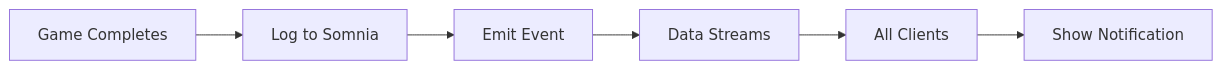
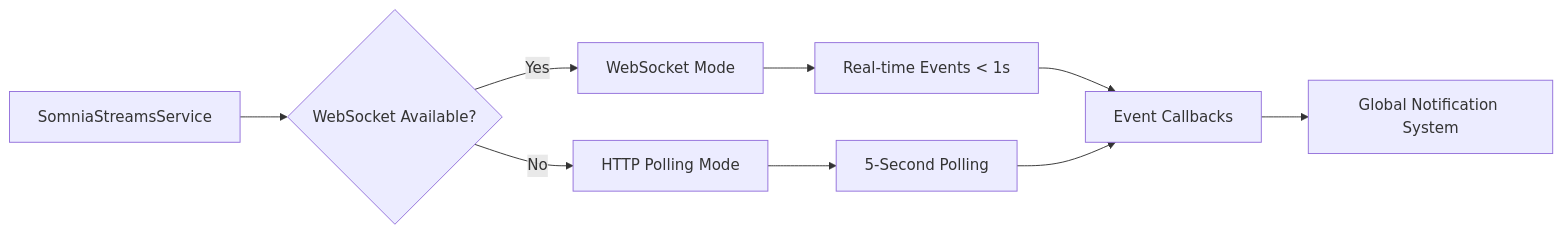
One commit to AmaanSayyad/APT-Casino-Somnia changed diagram 12 of 12 in README.md. Above: the diagram before and after it, drawn with Mermaid. The commit also changed other lines of this file and 2 other files, not shown here.

````diff
--- a/README.md
+++ b/README.md
@@ -587,8 +668,14 @@
 ```mermaid
 graph LR
-    A[Game Completes] --> B[Log to Somnia]
-    B --> C[Emit Event]
-    C --> D[Data Streams]
-    D --> E[All Clients]
-    E --> F[Show Notification]
+    A[SomniaStreamsService] --> B{WebSocket Available?}
+    B -->|Yes| C[WebSocket Mode]
+    B -->|No| D[HTTP Polling Mode]
+    
+    C --> E[Real-time Events < 1s]
+    D --> F[5-Second Polling]
+    
+    E --> G[Event Callbacks]
+    F --> G
+    
+    G --> H[Global Notification System]
 ```
````
